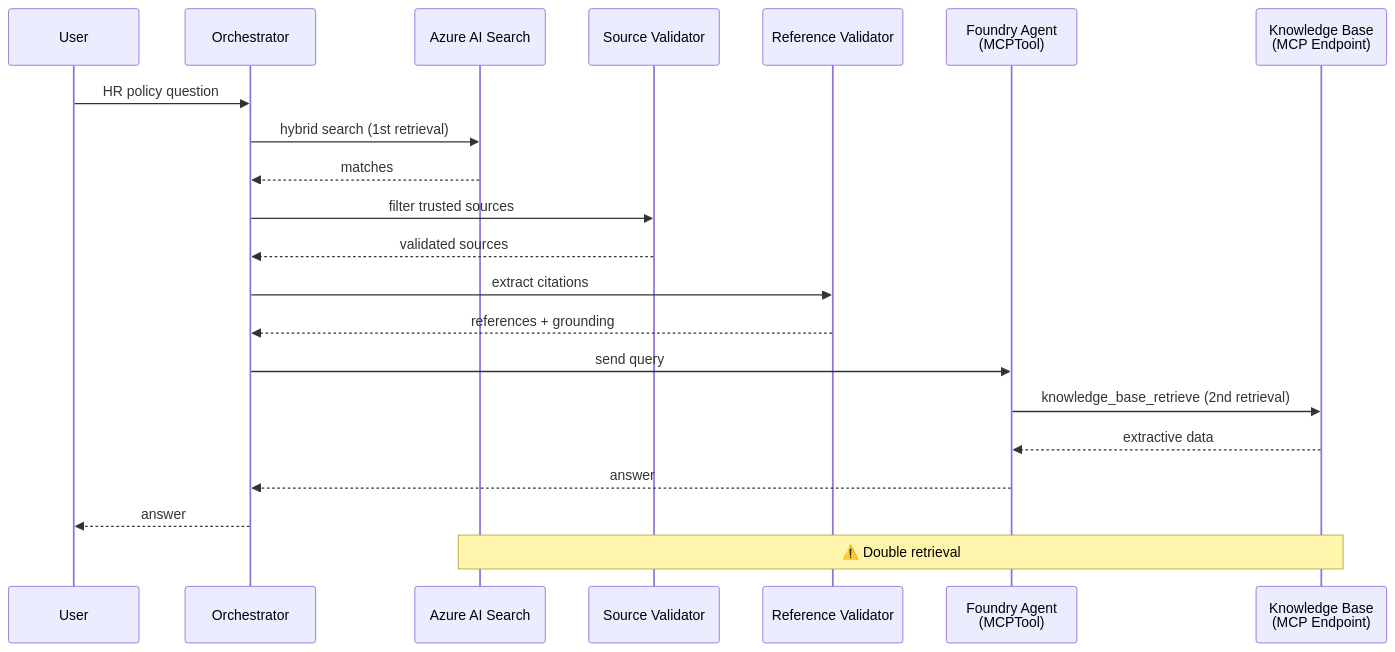
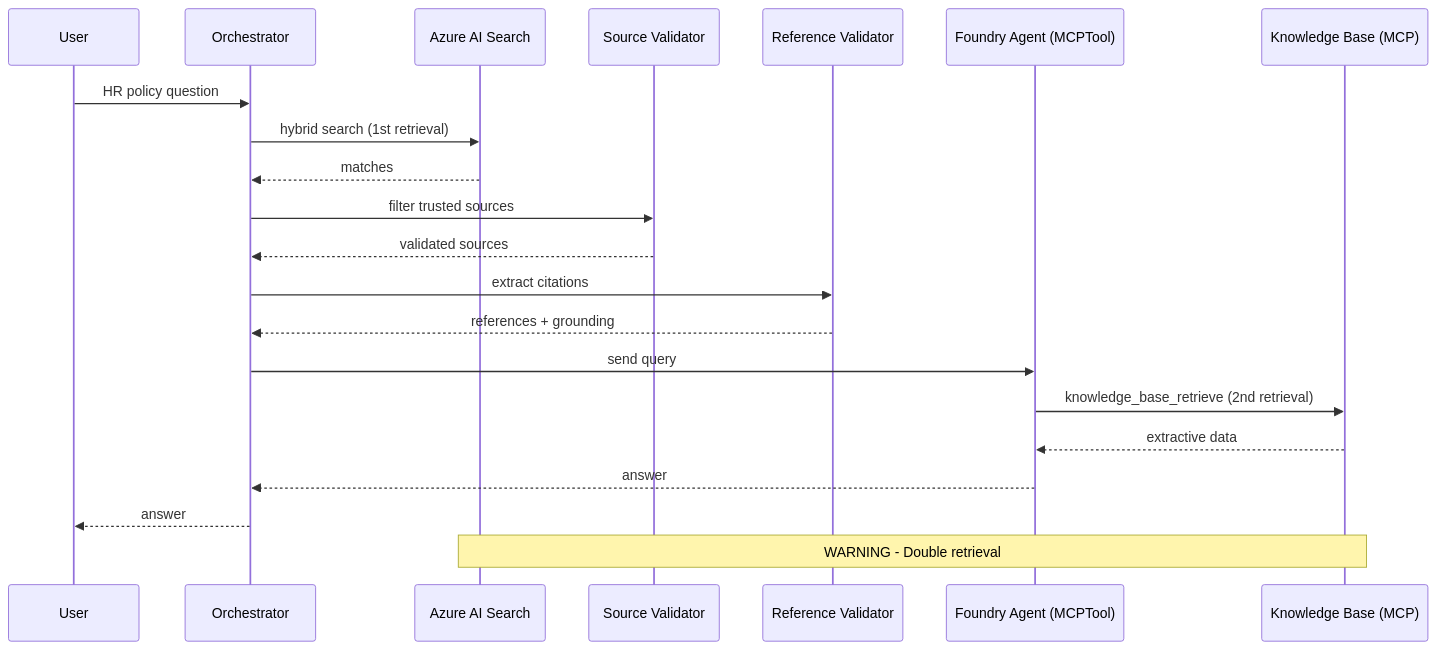
One commit to honestypugh2/foundry-copilot-search-validate changed the fifth of 5 diagrams in docs/FoundryAgentArchitecture.md. Above: the diagram before and after it, drawn with Mermaid. The commit also changed other lines of this file and 4 other files, not shown here.

First line of the commit message:
refactor: Pattern B client-side classification + docs + sequence diagrams

````diff
--- a/docs/FoundryAgentArchitecture.md
+++ b/docs/FoundryAgentArchitecture.md
@@ -260,25 +356,25 @@
 ```mermaid
 sequenceDiagram
     participant User
     participant Orchestrator
     participant Search as Azure AI Search
     participant SrcVal as Source Validator
     participant RefVal as Reference Validator
-    participant FoundryAgent as Foundry Agent<br/>(MCPTool)
-    participant KB as Knowledge Base<br/>(MCP Endpoint)
+    participant FoundryAgent as Foundry Agent (MCPTool)
+    participant KB as Knowledge Base (MCP)
 
     User->>Orchestrator: HR policy question
     Orchestrator->>Search: hybrid search (1st retrieval)
     Search-->>Orchestrator: matches
     Orchestrator->>SrcVal: filter trusted sources
     SrcVal-->>Orchestrator: validated sources
     Orchestrator->>RefVal: extract citations
     RefVal-->>Orchestrator: references + grounding
     Orchestrator->>FoundryAgent: send query
     FoundryAgent->>KB: knowledge_base_retrieve (2nd retrieval)
     KB-->>FoundryAgent: extractive data
     FoundryAgent-->>Orchestrator: answer
     Orchestrator-->>User: answer
 
-    Note over Search,KB: ⚠️ Double retrieval
+    Note over Search,KB: WARNING - Double retrieval
 ```
````
